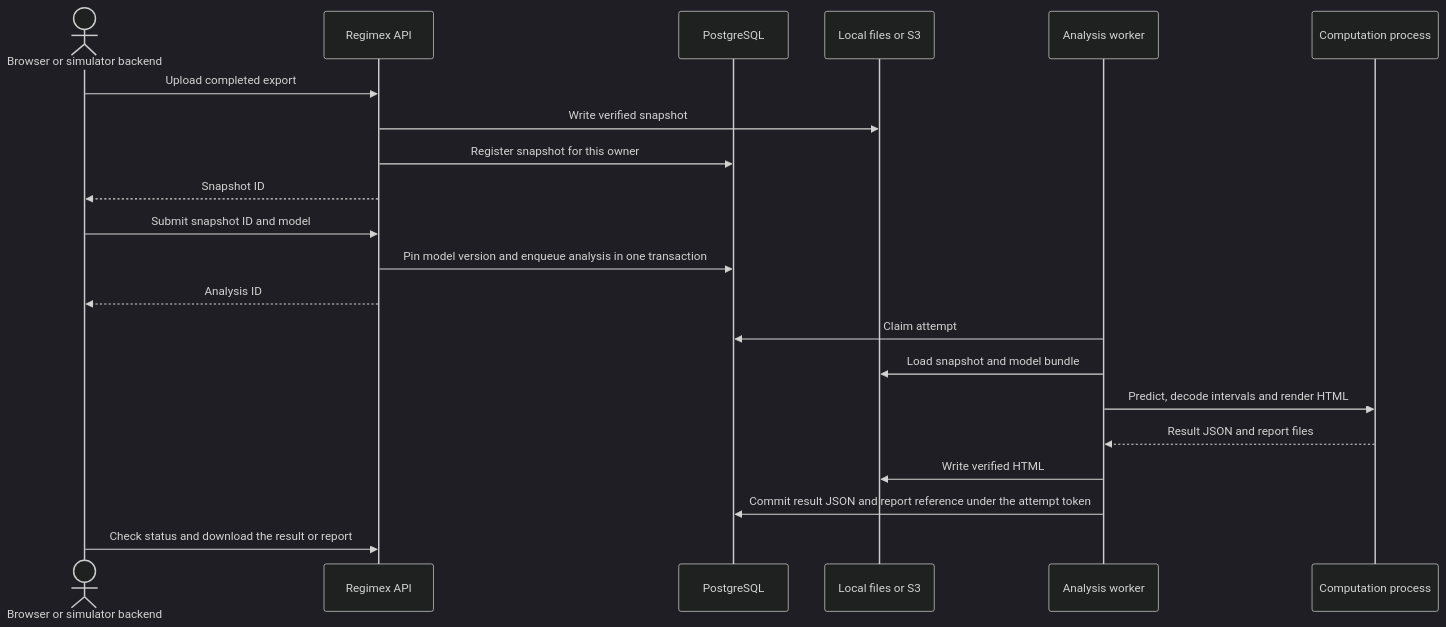
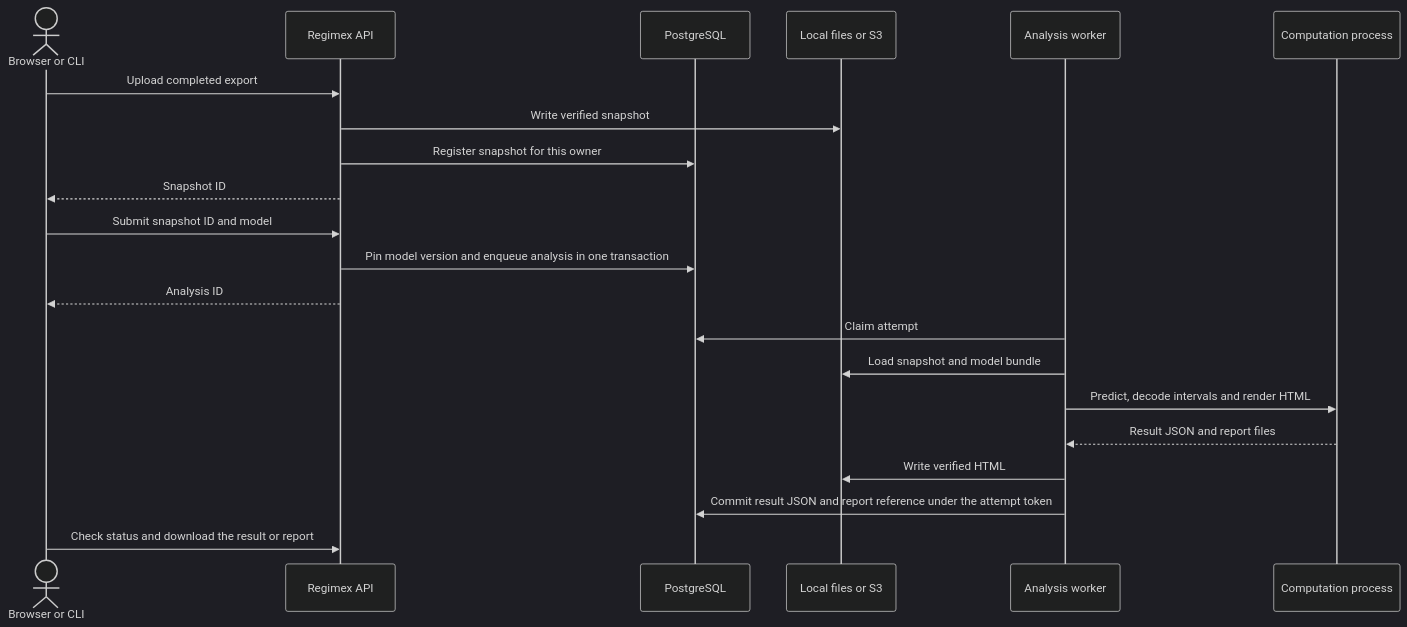
Before and after one commit to patarala/regimex: the diagram in docs/architecture.md, drawn with Mermaid (dark theme). The commit also changed other lines of this file and 8 other files, not shown here.

````diff
--- a/docs/architecture.md
+++ b/docs/architecture.md
@@ -10,23 +10,23 @@
 ```mermaid
 sequenceDiagram
-    actor User as Browser or simulator backend
+    actor User as Browser or CLI
     participant API as Regimex API
     participant DB as PostgreSQL
     participant Store as Local files or S3
     participant Worker as Analysis worker
     participant Child as Computation process
     User->>API: Upload completed export
     API->>Store: Write verified snapshot
     API->>DB: Register snapshot for this owner
     API-->>User: Snapshot ID
     User->>API: Submit snapshot ID and model
     API->>DB: Pin model version and enqueue analysis in one transaction
     API-->>User: Analysis ID
     Worker->>DB: Claim attempt
     Worker->>Store: Load snapshot and model bundle
     Worker->>Child: Predict, decode intervals and render HTML
     Child-->>Worker: Result JSON and report files
     Worker->>Store: Write verified HTML
     Worker->>DB: Commit result JSON and report reference under the attempt token
     User->>API: Check status and download the result or report
 ```
````
